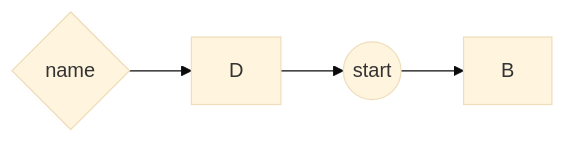
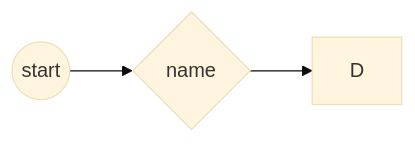
One commit to Alex-Rafter/wiki changed the diagram in daily/2023-04-23.md. Above: the diagram before and after it, drawn with Mermaid (base theme).

````diff
--- a/daily/2023-04-23.md
+++ b/daily/2023-04-23.md
@@ -5,4 +5,4 @@
 ```mermaid
 graph LR;
-    C{name}-->D-->A((start))-->B
+    A((start))-->BC{name}-->D
 ```
````
